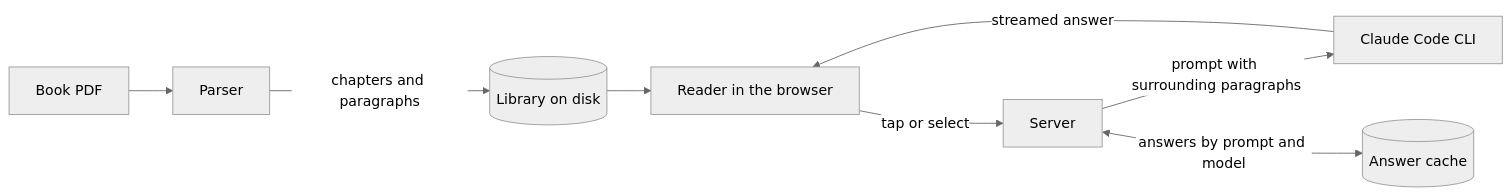
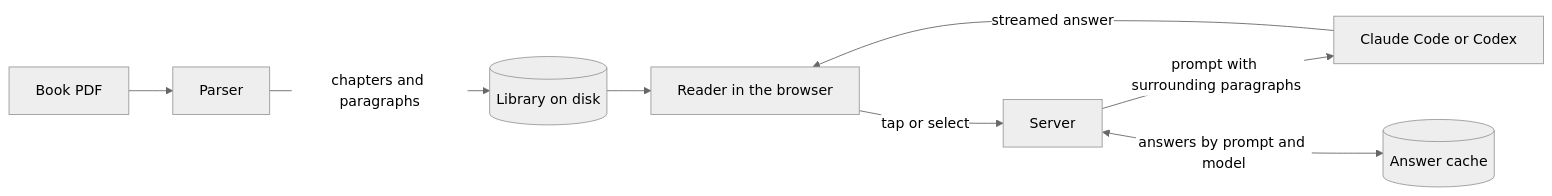
Before and after one commit to mrx-arafat/DeepRead: the diagram in README.md, drawn with Mermaid (neutral theme). The commit also changed other lines of this file and 10 other files, not shown here.

````diff
--- a/README.md
+++ b/README.md
@@ -73,10 +288,10 @@
 ```mermaid
 flowchart LR
     PDF[Book PDF] --> Parser
     Parser -->|chapters and paragraphs| Library[(Library on disk)]
     Library --> Reader[Reader in the browser]
     Reader -->|tap or select| Server
-    Server -->|prompt with surrounding paragraphs| Claude[Claude Code CLI]
-    Claude -->|streamed answer| Reader
+    Server -->|prompt with surrounding paragraphs| AI[Claude Code or Codex]
+    AI -->|streamed answer| Reader
     Server <-->|answers by prompt and model| Cache[(Answer cache)]
 ```
````
